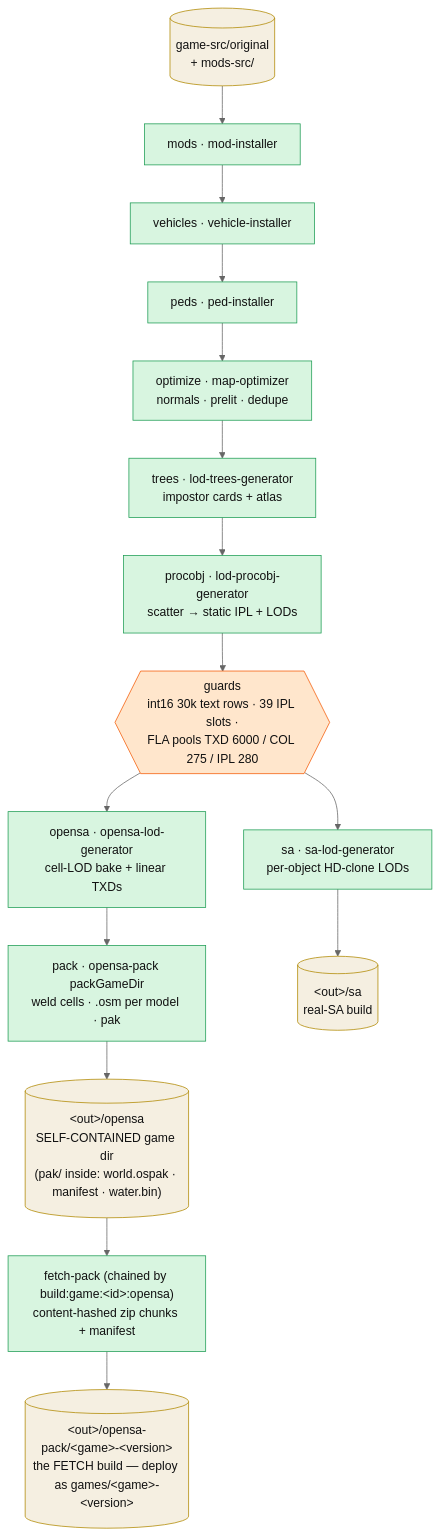
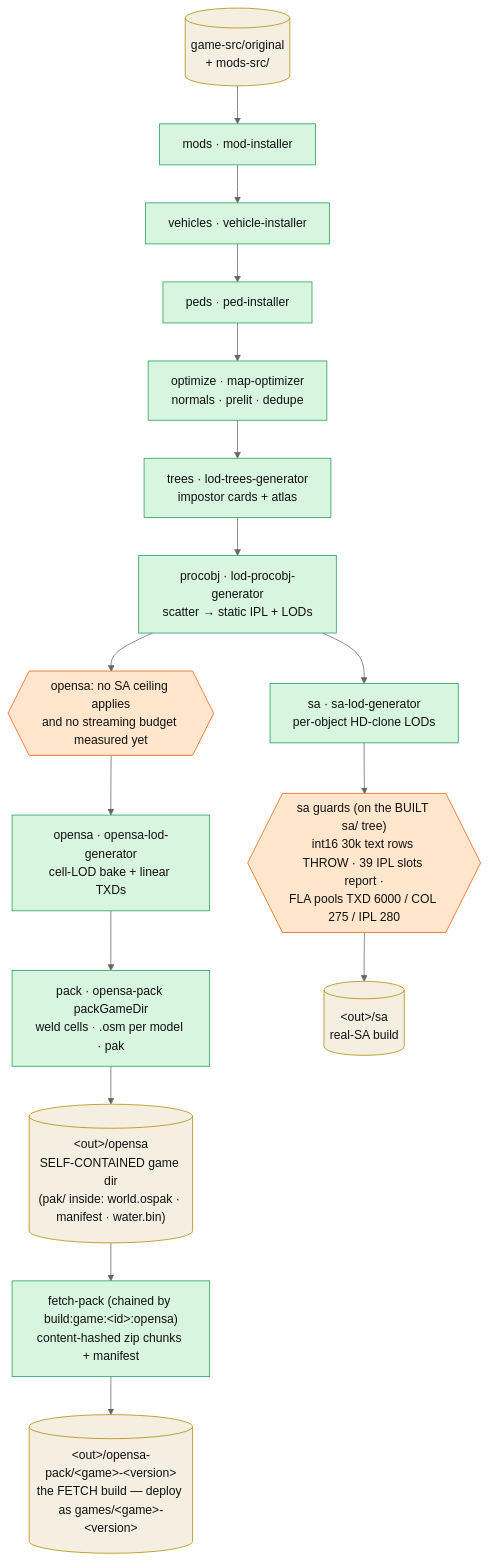
Before and after one commit to sexorcist00/opensa: the diagram in docs/architecture/perfect-map-builder.md, drawn with Mermaid (neutral theme). The commit also changed other lines of this file and 15 other files, not shown here.

````diff
--- a/docs/architecture/perfect-map-builder.md
+++ b/docs/architecture/perfect-map-builder.md
@@ -39,28 +39,29 @@
 ```mermaid
 %%| pmb-pipeline
 flowchart TB
   src[("game-src/original<br/>+ mods-src/")]:::data
   mods["mods · mod-installer"]:::stage
   veh["vehicles · vehicle-installer"]:::stage
   peds["peds · ped-installer"]:::stage
   opt["optimize · map-optimizer<br/>normals · prelit · dedupe"]:::stage
   trees["trees · lod-trees-generator<br/>impostor cards + atlas"]:::stage
   proc["procobj · lod-procobj-generator<br/>scatter → static IPL + LODs"]:::stage
-  guard{{"guards<br/>int16 30k text rows · 39 IPL slots ·<br/>FLA pools TXD 6000 / COL 275 / IPL 280"}}:::guard
+  guard{{"sa guards (on the BUILT sa/ tree)<br/>int16 30k text rows THROW · 39 IPL slots report ·<br/>FLA pools TXD 6000 / COL 275 / IPL 280"}}:::guard
+  osguard{{"opensa: no SA ceiling applies<br/>and no streaming budget measured yet"}}:::guard
   sa["sa · sa-lod-generator<br/>per-object HD-clone LODs"]:::stage
   oslod["opensa · opensa-lod-generator<br/>cell-LOD bake + linear TXDs"]:::stage
   pack["pack · opensa-pack packGameDir<br/>weld cells · .osm per model · pak"]:::stage
   outsa[("&lt;out&gt;/sa<br/>real-SA build")]:::data
   outos[("&lt;out&gt;/opensa<br/>SELF-CONTAINED game dir<br/>(pak/ inside: world.ospak · manifest · water.bin)")]:::data
   fetch["fetch-pack (chained by build:game:&lt;id&gt;:opensa)<br/>content-hashed zip chunks + manifest"]:::stage
   outpak[("&lt;out&gt;/opensa-pack/&lt;game&gt;-&lt;version&gt;<br/>the FETCH build — deploy as games/&lt;game&gt;-&lt;version&gt;")]:::data
 
-  src --> mods --> veh --> peds --> opt --> trees --> proc --> guard
-  guard --> sa --> outsa
-  guard --> oslod --> pack --> outos
+  src --> mods --> veh --> peds --> opt --> trees --> proc
+  proc --> sa --> guard --> outsa
+  proc --> osguard --> oslod --> pack --> outos
   outos --> fetch --> outpak
 
   classDef stage fill:#d8f5e0,stroke:#1f9d55,color:#111
   classDef guard fill:#ffe6cc,stroke:#f55c07,color:#111
   classDef data fill:#f5efe1,stroke:#b08900,color:#111
 ```
````
